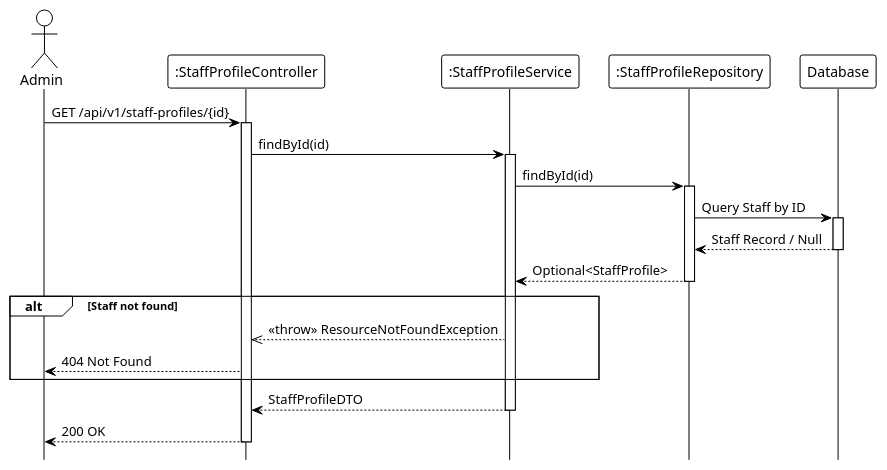
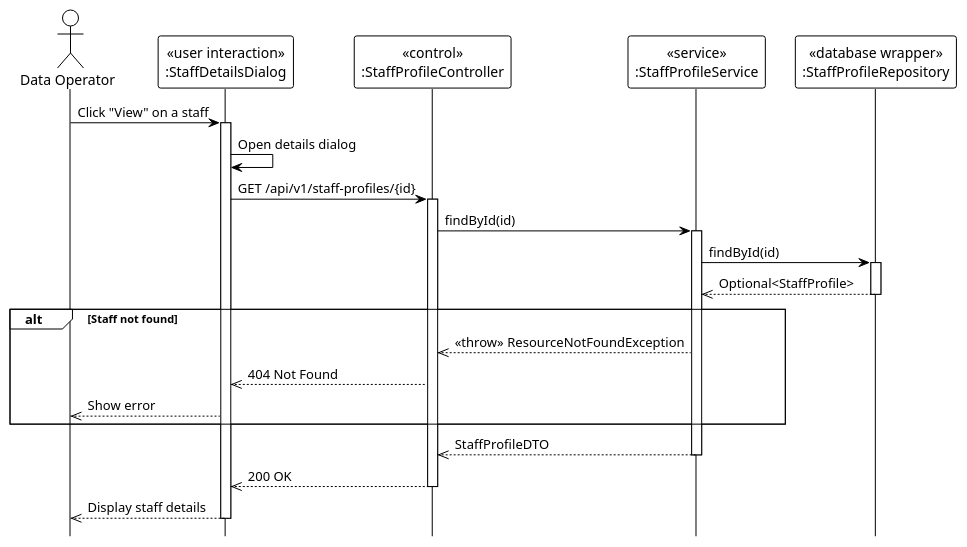
The diagram in system_detailed_design/50_view_staff_details/sequence_diagram_view_staff_details.puml (Ndh474/context), drawn with PlantUML before and after one commit. The commit also changed 14 other files, not shown here.

Commit message:
docs: Add system detailed design sequence and class diagrams for student and staff management features.

```diff
--- a/system_detailed_design/50_view_staff_details/sequence_diagram_view_staff_details.puml
+++ b/system_detailed_design/50_view_staff_details/sequence_diagram_view_staff_details.puml
@@ -1,41 +1,45 @@
 @startuml view_staff_details
 !theme plain
 hide footbox
 
-actor Admin
-participant ":StaffProfileController" as Controller
-participant ":StaffProfileService" as Service
-participant ":StaffProfileRepository" as Repository
-participant "Database" as DB
+actor "Data Operator" as Admin
+
+participant "«user interaction»\n:StaffDetailsDialog" as UI
+participant "«control»\n:StaffProfileController" as Controller
+participant "«service»\n:StaffProfileService" as Service
+participant "«database wrapper»\n:StaffProfileRepository" as Repository
 
 ' --- MAIN FLOW ---
-Admin -> Controller: GET /api/v1/staff-profiles/{id}
+Admin -> UI: Click "View" on a staff
+activate UI
+
+UI -> UI: Open details dialog
+
+UI -> Controller: GET /api/v1/staff-profiles/{id}
 activate Controller
 
 Controller -> Service: findById(id)
 activate Service
 
 Service -> Repository: findById(id)
 activate Repository
-
-Repository -> DB: Query Staff by ID
-activate DB
-DB --> Repository: Staff Record / Null
-deactivate DB
-
-Repository --> Service: Optional<StaffProfile>
+Repository -->> Service: Optional<StaffProfile>
 deactivate Repository
 
 ' --- VALIDATION LOGIC ---
 alt Staff not found
     Service -->> Controller: <<throw>> ResourceNotFoundException
-    Controller --> Admin: 404 Not Found
+    Controller -->> UI: 404 Not Found
+    UI -->> Admin: Show error
 end
 
-Service --> Controller: StaffProfileDTO
+Service -->> Controller: StaffProfileDTO
 deactivate Service
 
-Controller --> Admin: 200 OK
+Controller -->> UI: 200 OK
 deactivate Controller
 
+UI -->> Admin: Display staff details
+deactivate UI
+
 @enduml
```
